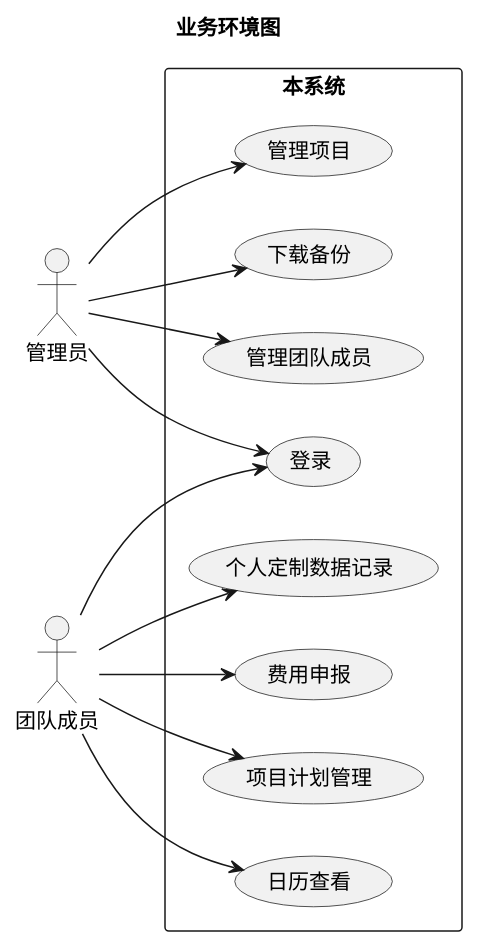
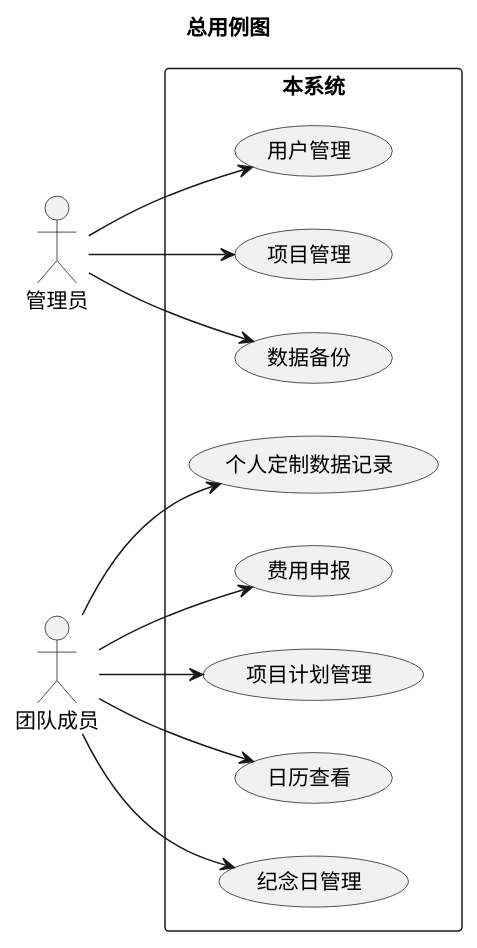
The second of 10 diagrams in 产品资料/0_需求/ConDili_软件需求规格说明书.md (LampingSu/ocagents), drawn with PlantUML before and after one commit. The commit also changed other lines of this file and 2 other files, not shown here.

````diff
--- a/产品资料/0_需求/ConDili_软件需求规格说明书.md
+++ b/产品资料/0_需求/ConDili_软件需求规格说明书.md
@@ -14,21 +45,20 @@
 ```plantuml
 @startuml
-title 业务环境图
+title 总用例图
 left to right direction
 actor 管理员
 actor 团队成员
 
 rectangle "本系统" {
-  管理员 --> (登录)
-  管理员 --> (管理团队成员)
-  管理员 --> (管理项目)
-  管理员 --> (下载备份)
+  管理员 --> (用户管理)
+  管理员 --> (项目管理)
+  管理员 --> (数据备份)
   
-  团队成员 --> (登录)
   团队成员 --> (个人定制数据记录)
   团队成员 --> (费用申报)
   团队成员 --> (项目计划管理)
   团队成员 --> (日历查看)
+  团队成员 --> (纪念日管理)
 }
 @enduml
 ```
````
